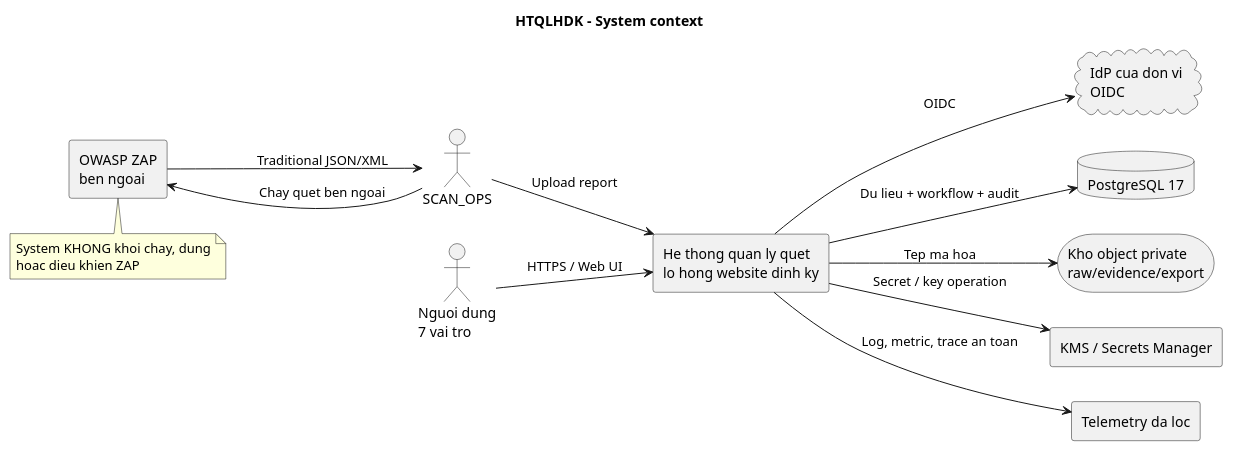
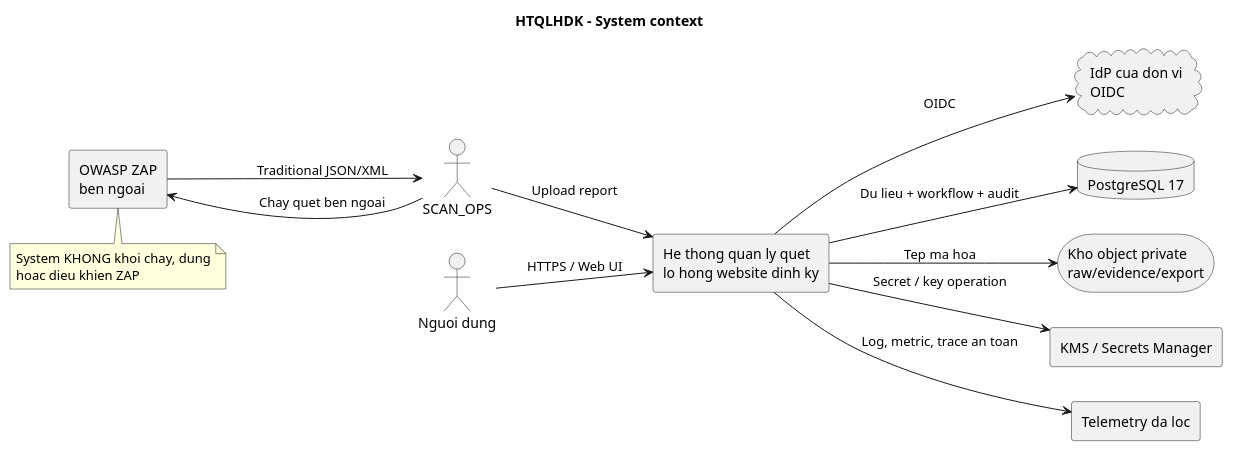
One commit to anhtuanptit074/MP_HTQLHDK changed the diagram in architecture/diagrams/01_system_context.puml. Above: the diagram before and after it, drawn with PlantUML. The commit also changed 238 other files, not shown here.

```diff
--- a/architecture/diagrams/01_system_context.puml
+++ b/architecture/diagrams/01_system_context.puml
@@ -1,31 +1,31 @@
 @startuml
 title HTQLHDK - System context
 left to right direction
 skinparam shadowing false
 skinparam componentStyle rectangle
 
-actor "Nguoi dung\n7 vai tro" as User
+actor "Nguoi dung" as User
 actor "SCAN_OPS" as Ops
 rectangle "He thong quan ly quet\nlo hong website dinh ky" as System
 cloud "IdP cua don vi\nOIDC" as IdP
 rectangle "OWASP ZAP\nben ngoai" as ZAP
 database "PostgreSQL 17" as DB
 storage "Kho object private\nraw/evidence/export" as OBJ
 rectangle "KMS / Secrets Manager" as KMS
 rectangle "Telemetry da loc" as OBS
 
 User --> System : HTTPS / Web UI
 System --> IdP : OIDC
 Ops --> ZAP : Chay quet ben ngoai
 ZAP --> Ops : Traditional JSON/XML
 Ops --> System : Upload report
 System --> DB : Du lieu + workflow + audit
 System --> OBJ : Tep ma hoa
 System --> KMS : Secret / key operation
 System --> OBS : Log, metric, trace an toan
 
 note bottom of ZAP
 System KHONG khoi chay, dung
 hoac dieu khien ZAP
 end note
 @enduml
```
